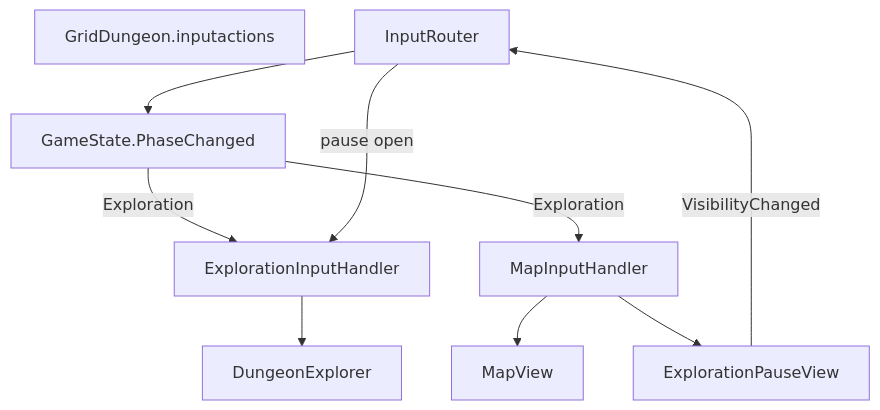
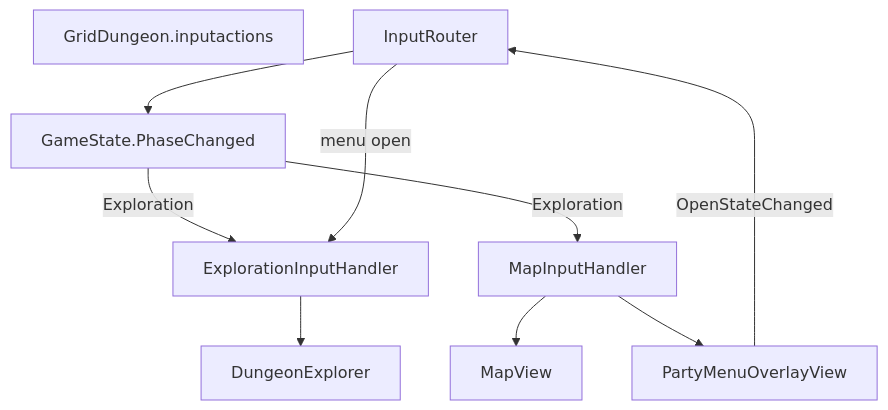
One commit to miramocha/griddungeon-design-docs changed the fourth of 5 diagrams in docs/02-systems/exploration-ui.md. Above: the diagram before and after it, drawn with Mermaid. The commit also changed other lines of this file and 3 other files, not shown here.

First line of the commit message:
docs(ui): party menu is exploration pause shell

````diff
--- a/docs/02-systems/exploration-ui.md
+++ b/docs/02-systems/exploration-ui.md
@@ -212,17 +193,17 @@
 ```mermaid
 flowchart TB
     IA[GridDungeon.inputactions]
     IR[InputRouter]
     GS[GameState.PhaseChanged]
 
     IR --> GS
     GS -->|Exploration| EIH[ExplorationInputHandler]
     GS -->|Exploration| MIH[MapInputHandler]
 
     EIH --> EX[DungeonExplorer]
     MIH --> MV[MapView]
-    MIH --> EPV[ExplorationPauseView]
+    MIH --> PMO[PartyMenuOverlayView]
 
-    EPV -->|VisibilityChanged| IR
-    IR -->|pause open| EIH
+    PMO -->|OpenStateChanged| IR
+    IR -->|menu open| EIH
 ```
````
